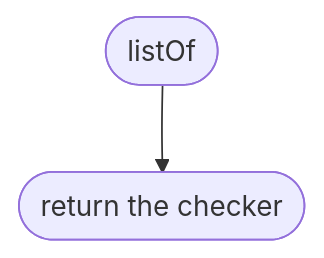
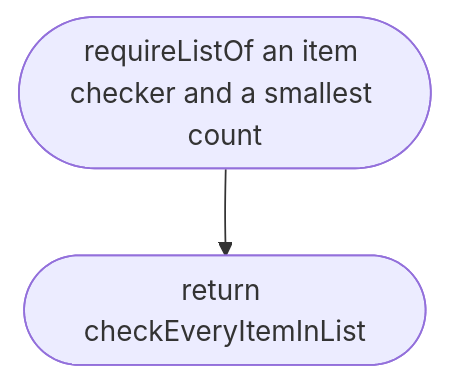
Diagram 18 of 37 in docs/designs/src/place/parse.md (NewDara-Star/world-engine), drawn with Mermaid before and after one commit. The commit also changed other lines of this file and 9 other files, not shown here.

````diff
--- a/docs/designs/src/place/parse.md
+++ b/docs/designs/src/place/parse.md
@@ -170,6 +269,6 @@
 ```mermaid
 flowchart TD
-  s(["listOf"])
-  a(["return the checker"])
+  s(["requireListOf an item checker and a smallest count"])
+  a(["return checkEveryItemInList"])
   s --> a
 ```
````
